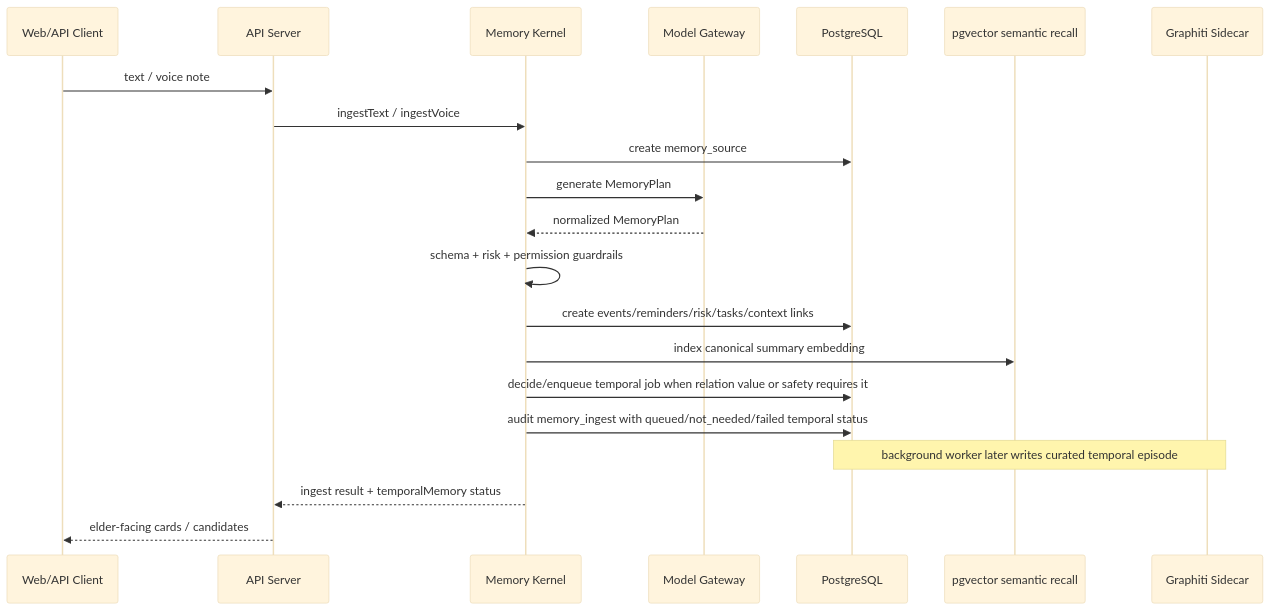
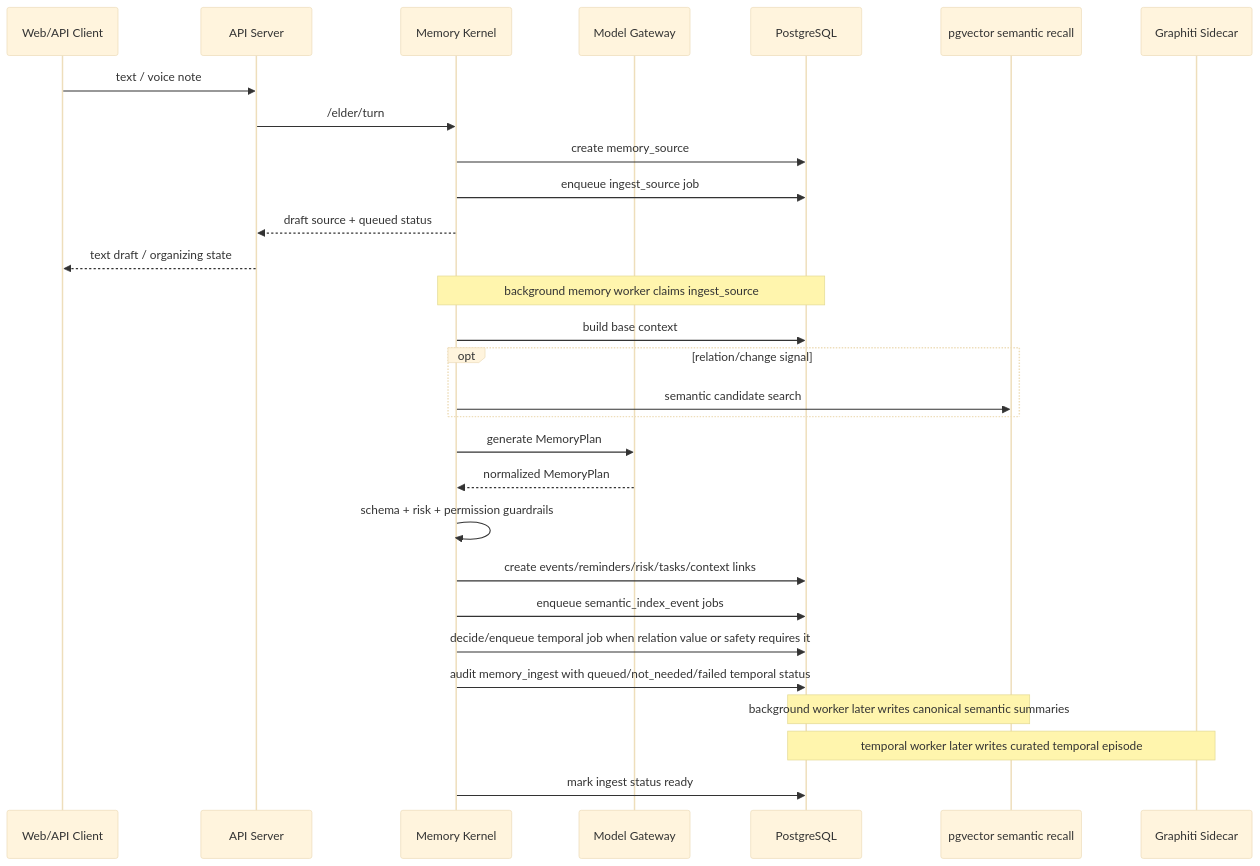
One commit to archpeng/goldmem changed the third of 5 diagrams in docs/current-capabilities-and-architecture.md. Above: the diagram before and after it, drawn with Mermaid (base theme). The commit also changed other lines of this file and 36 other files, not shown here.

````diff
--- a/docs/current-capabilities-and-architecture.md
+++ b/docs/current-capabilities-and-architecture.md
@@ -80,24 +81,32 @@
 ```mermaid
 sequenceDiagram
   participant Client as Web/API Client
   participant API as API Server
   participant Kernel as Memory Kernel
   participant Model as Model Gateway
   participant PG as PostgreSQL
   participant Semantic as pgvector semantic recall
   participant Graphiti as Graphiti Sidecar
 
   Client->>API: text / voice note
-  API->>Kernel: ingestText / ingestVoice
+  API->>Kernel: /elder/turn
   Kernel->>PG: create memory_source
+  Kernel->>PG: enqueue ingest_source job
+  Kernel-->>API: draft source + queued status
+  API-->>Client: text draft / organizing state
+  Note over Kernel,PG: background memory worker claims ingest_source
+  Kernel->>PG: build base context
+  opt relation/change signal
+    Kernel->>Semantic: semantic candidate search
+  end
   Kernel->>Model: generate MemoryPlan
   Model-->>Kernel: normalized MemoryPlan
   Kernel->>Kernel: schema + risk + permission guardrails
   Kernel->>PG: create events/reminders/risk/tasks/context links
-  Kernel->>Semantic: index canonical summary embedding
+  Kernel->>PG: enqueue semantic_index_event jobs
   Kernel->>PG: decide/enqueue temporal job when relation value or safety requires it
   Kernel->>PG: audit memory_ingest with queued/not_needed/failed temporal status
-  Note over PG,Graphiti: background worker later writes curated temporal episode
-  Kernel-->>API: ingest result + temporalMemory status
-  API-->>Client: elder-facing cards / candidates
+  Note over PG,Semantic: background worker later writes canonical semantic summaries
+  Note over PG,Graphiti: temporal worker later writes curated temporal episode
+  Kernel->>PG: mark ingest status ready
 ```
````
